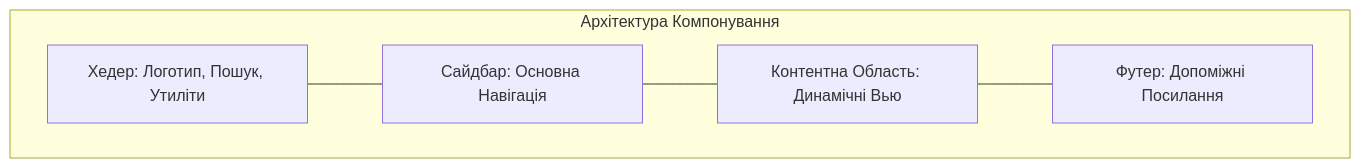
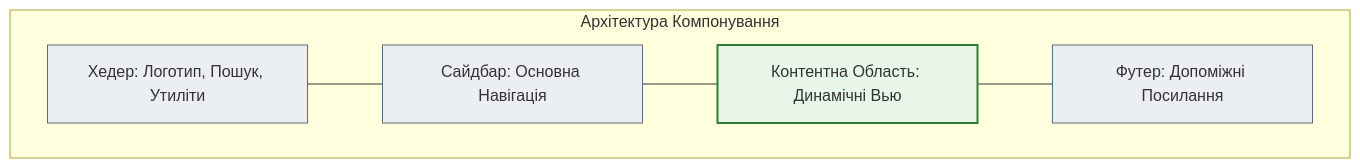
Before and after one commit to NikoriakViktot/notes_chat_app: the second of 11 diagrams in docs/05_frontend_and_templates/design_foundations_full.md, drawn with Mermaid. The commit also changed other lines of this file and 441 other files, not shown here.

First line of the commit message:
Add English version of the book, Mermaid standard, docs fixes

````diff
--- a/docs/05_frontend_and_templates/design_foundations_full.md
+++ b/docs/05_frontend_and_templates/design_foundations_full.md
@@ -136,12 +143,17 @@
 ```mermaid
 graph TD
     subgraph Архітектура Компонування
         H[Хедер: Логотип, Пошук, Утиліти]
         S[Сайдбар: Основна Навігація]
         C[Контентна Область: Динамічні Вью]
         F[Футер: Допоміжні Посилання]
         H --- S
         S --- C
         C --- F
     end
+
+    classDef step     fill:#eceff1,stroke:#546e7a,stroke-width:1px;
+    classDef success  fill:#e8f5e9,stroke:#2e7d32,stroke-width:2px;
+    class H,S,F step;
+    class C success;
 ```
````
